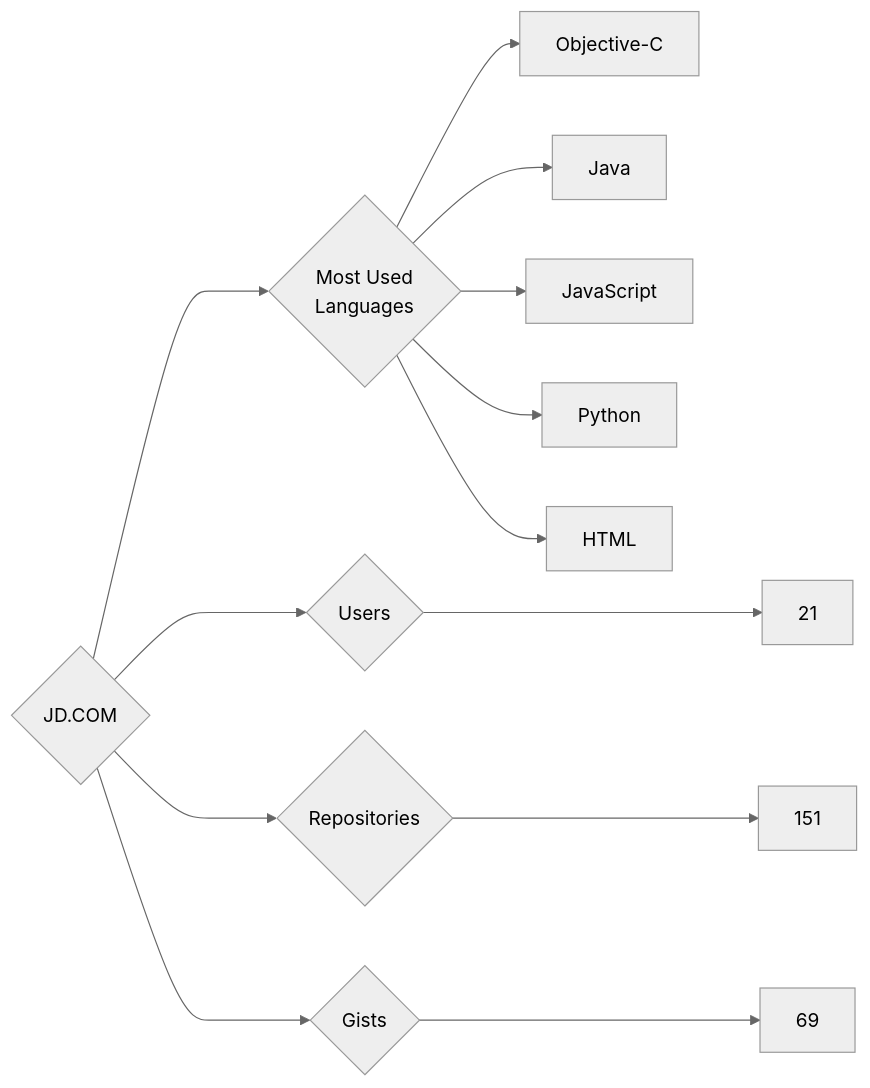
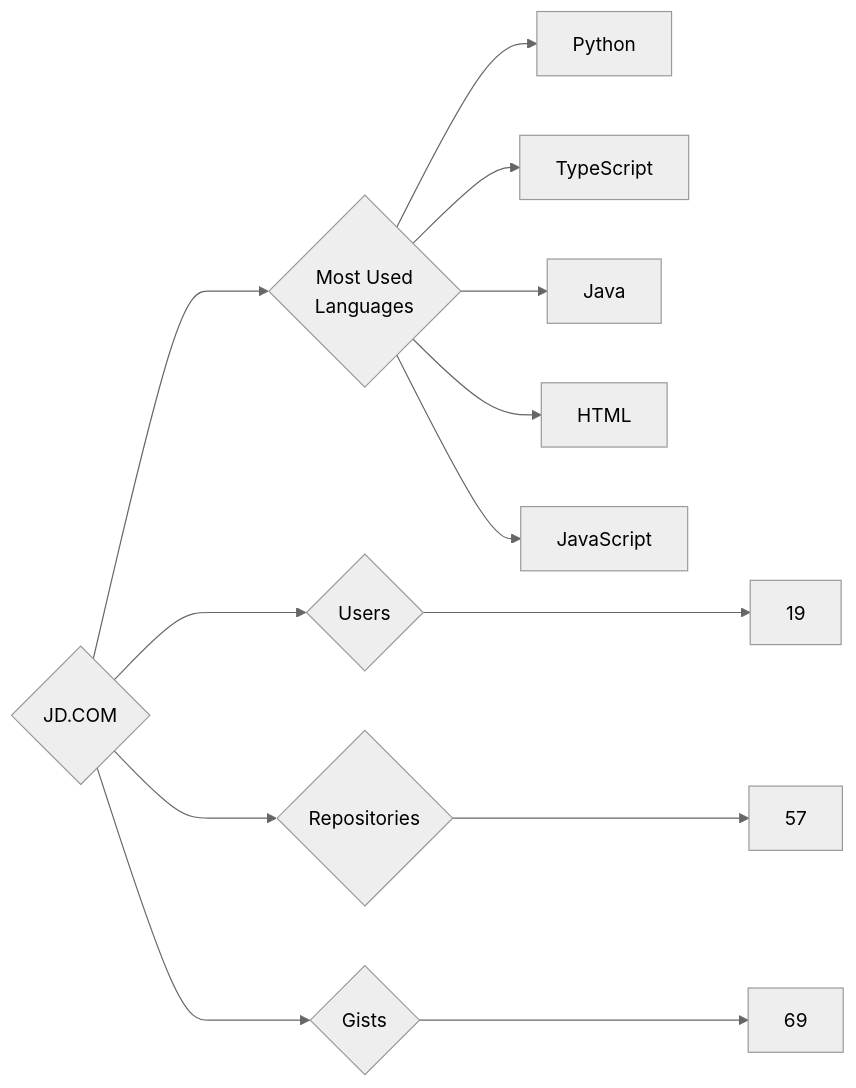
Before and after one commit to trickest/insiders: the diagram in targets/JD.COM/README.md, drawn with Mermaid (neutral theme). The commit also changed 725 other files, not shown here.

````diff
--- a/targets/JD.COM/README.md
+++ b/targets/JD.COM/README.md
@@ -3,13 +3,13 @@
 ```mermaid
 graph LR
 COMPANY_NAME{JD.COM}
-COMPANY_NAME ---> U{Users} ---> UN[21]
-COMPANY_NAME ---> R{Repositories} ---> RN[151]
+COMPANY_NAME ---> U{Users} ---> UN[19]
+COMPANY_NAME ---> R{Repositories} ---> RN[57]
 COMPANY_NAME ---> G{Gists} ---> GN[69]
 COMPANY_NAME ---> ML{Most Used<br>Languages}
-ML --> Objective-C[Objective-C]
+ML --> Python[Python]
+ML --> TypeScript[TypeScript]
 ML --> Java[Java]
+ML --> HTML[HTML]
 ML --> JavaScript[JavaScript]
-ML --> Python[Python]
-ML --> HTML[HTML]
 ```
````
